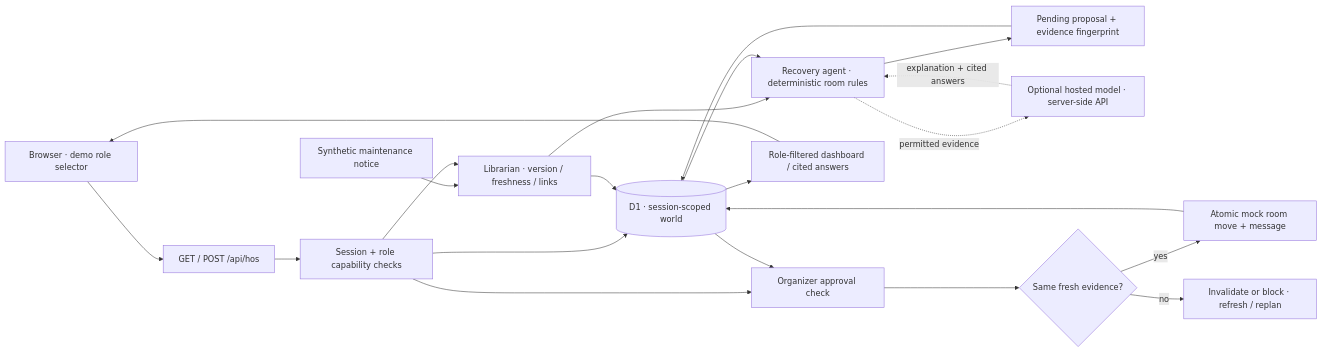
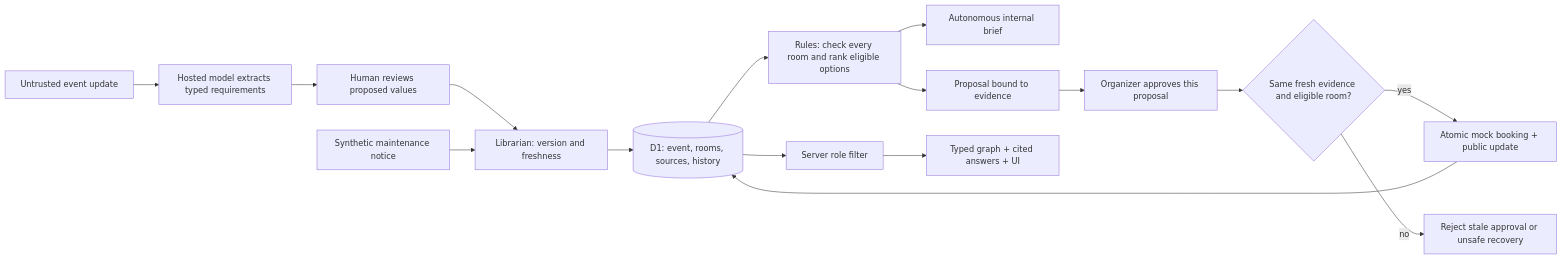
One commit to muneeb-ahmadch/h-os-campus-rescue changed the diagram in docs/ARCHITECTURE.md. Above: the diagram before and after it, drawn with Mermaid. The commit also changed other lines of this file and 16 other files, not shown here.

````diff
--- a/docs/ARCHITECTURE.md
+++ b/docs/ARCHITECTURE.md
@@ -5,23 +5,18 @@
 ```mermaid
 flowchart LR
-  UI[Browser · demo role selector] --> API[GET / POST /api/hos]
-  API --> Gate[Session + role capability checks]
-  Gate --> Brain[(D1 · session-scoped world)]
-  Notice[Synthetic maintenance notice] --> Librarian[Librarian · version / freshness / links]
-  Gate --> Librarian
-  Librarian --> Brain
-  Librarian --> Agent[Recovery agent · deterministic room rules]
-  Brain --> Agent
-  Agent --> Draft[Pending proposal + evidence fingerprint]
-  Draft --> Brain
-  Agent -. permitted evidence .-> Model[Optional hosted model · server-side API]
-  Model -. explanation + cited answers .-> Agent
-  Gate --> Approval[Organizer approval check]
-  Brain --> Approval
-  Approval --> Compare{Same fresh evidence?}
-  Compare -->|yes| Commit[Atomic mock room move + message]
-  Compare -->|no| Block[Invalidate or block · refresh / replan]
+  Notice[Untrusted event update] --> Model[Hosted model extracts typed requirements]
+  Model --> Review[Human reviews proposed values]
+  Review --> Lib[Librarian: version and freshness]
+  Closure[Synthetic maintenance notice] --> Lib
+  Lib --> Brain[(D1: event, rooms, sources, history)]
+  Brain --> Agent[Rules: check every room and rank eligible options]
+  Agent --> Brief[Autonomous internal brief]
+  Agent --> Plan[Proposal bound to evidence]
+  Plan --> Human[Organizer approves this proposal]
+  Human --> Gate{Same fresh evidence and eligible room?}
+  Gate -->|yes| Commit[Atomic mock booking + public update]
+  Gate -->|no| Block[Reject stale approval or unsafe recovery]
+  Brain --> Filter[Server role filter]
+  Filter --> Graph[Typed graph + cited answers + UI]
   Commit --> Brain
-  Brain --> Filter[Role-filtered dashboard / cited answers]
-  Filter --> UI
 ```
````
